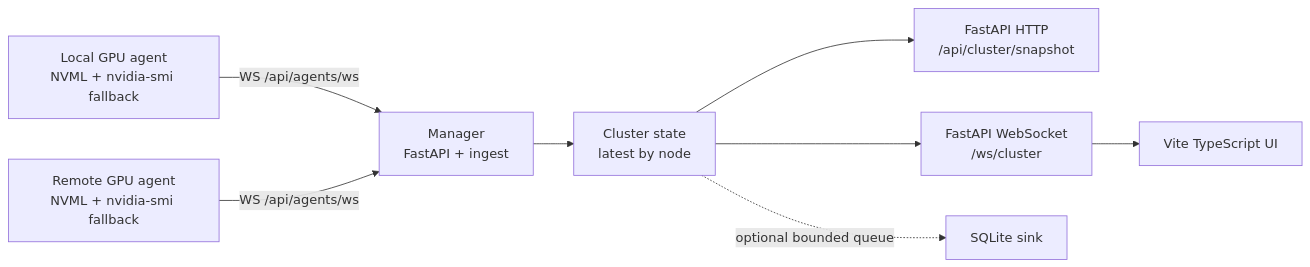
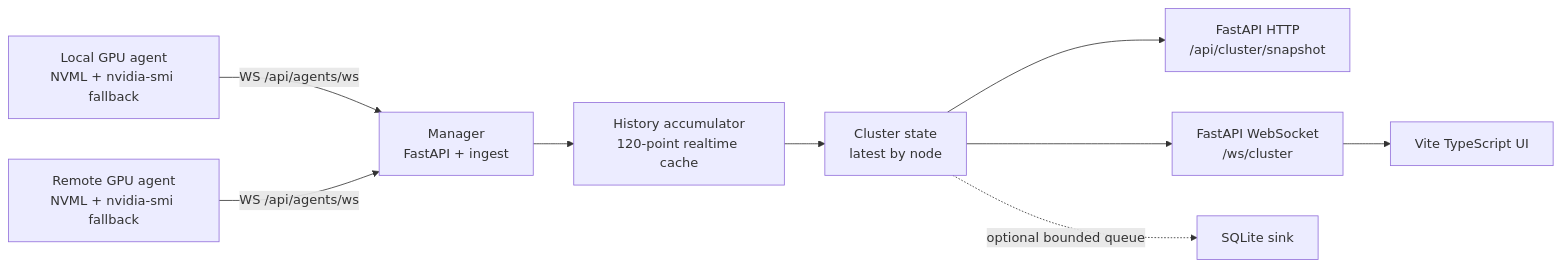
Before and after one commit to kuma-loong/Constella: the diagram in docs/DESIGN.md, drawn with Mermaid. The commit also changed other lines of this file and 7 other files, not shown here.

````diff
--- a/docs/DESIGN.md
+++ b/docs/DESIGN.md
@@ -9,10 +9,11 @@
 ```mermaid
 flowchart LR
   L["Local GPU agent<br/>NVML + nvidia-smi fallback"] -->|"WS /api/agents/ws"| M["Manager<br/>FastAPI + ingest"]
   R["Remote GPU agent<br/>NVML + nvidia-smi fallback"] -->|"WS /api/agents/ws"| M
-  M --> S["Cluster state<br/>latest by node"]
+  M --> A["History accumulator<br/>120-point realtime cache"]
+  A --> S["Cluster state<br/>latest by node"]
   S --> G["FastAPI HTTP<br/>/api/cluster/snapshot"]
   S --> H["FastAPI WebSocket<br/>/ws/cluster"]
   H --> F["Vite TypeScript UI"]
   S -.optional bounded queue.-> DB["SQLite sink"]
 ```
````
